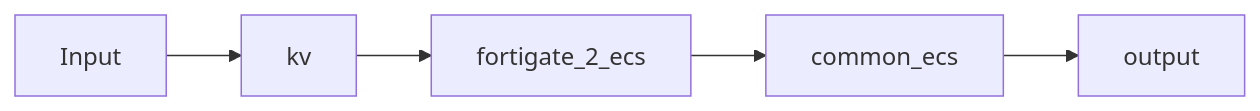
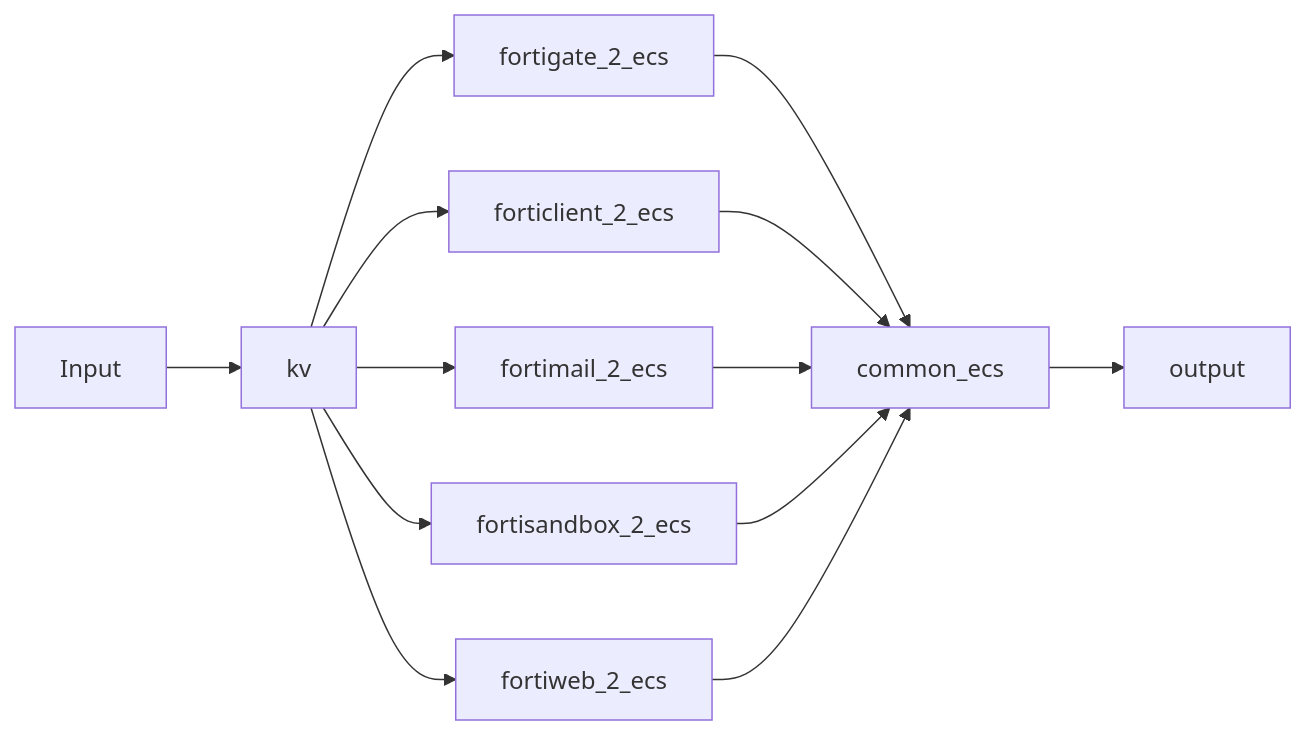
Before and after one commit to enotspe/fortinet-2-elasticsearch: the diagram in README.md, drawn with Mermaid. The commit also changed other lines of this file, not shown here.

````diff
--- a/README.md
+++ b/README.md
@@ -207,7 +209,15 @@
 ```mermaid
 graph LR;
     Input-->kv;
     kv-->fortigate_2_ecs;
+    kv-->forticlient_2_ecs;
+    kv-->fortimail_2_ecs;
+    kv-->fortisandbox_2_ecs;
+    kv-->fortiweb_2_ecs;
     fortigate_2_ecs-->common_ecs;
+    forticlient_2_ecs-->common_ecs;
+    fortimail_2_ecs-->common_ecs;
+    fortisandbox_2_ecs-->common_ecs;
+    fortiweb_2_ecs-->common_ecs;
     common_ecs-->output;
 ```
````
